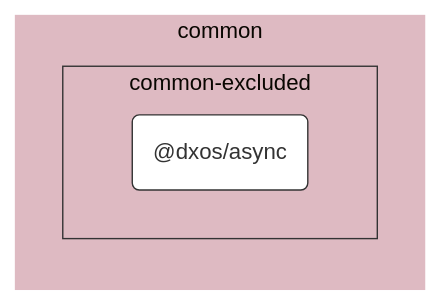
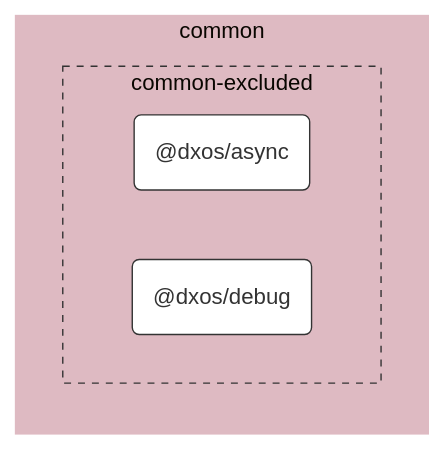
Before and after one commit to dxos/dxos: the diagram in packages/common/async/docs/README.md, drawn with Mermaid (base theme). The commit also changed 65 other files, not shown here.

````diff
--- a/packages/common/async/docs/README.md
+++ b/packages/common/async/docs/README.md
@@ -7,24 +7,26 @@
 ```mermaid
 %%{ init: {'flowchart':{'curve':'basis'}} }%%
 
 flowchart LR
 
 %% Classes
 classDef def fill:#fff,stroke:#333,stroke-width:1px
 classDef root fill:#fff,stroke:#333,stroke-width:4px
 
 %% Nodes
 
 subgraph common [common]
   style common fill:#debac2,stroke:#fff
 
   subgraph common-excluded [common-excluded]
-    style common-excluded fill:#debac2,stroke:#333,stroke-dashed:5 5
+    style common-excluded fill:#debac2,stroke:#333,stroke-dasharray:5 5
     dxos/async("@dxos/async"):::def
     click dxos/async "dxos/dxos/tree/main/packages/common/async/docs"
+    dxos/debug("@dxos/debug"):::def
+    click dxos/debug "dxos/dxos/tree/main/packages/common/debug/docs"
   end
 end
 
 %% Links
 linkStyle default stroke:#333,stroke-width:1px
 ```
````
